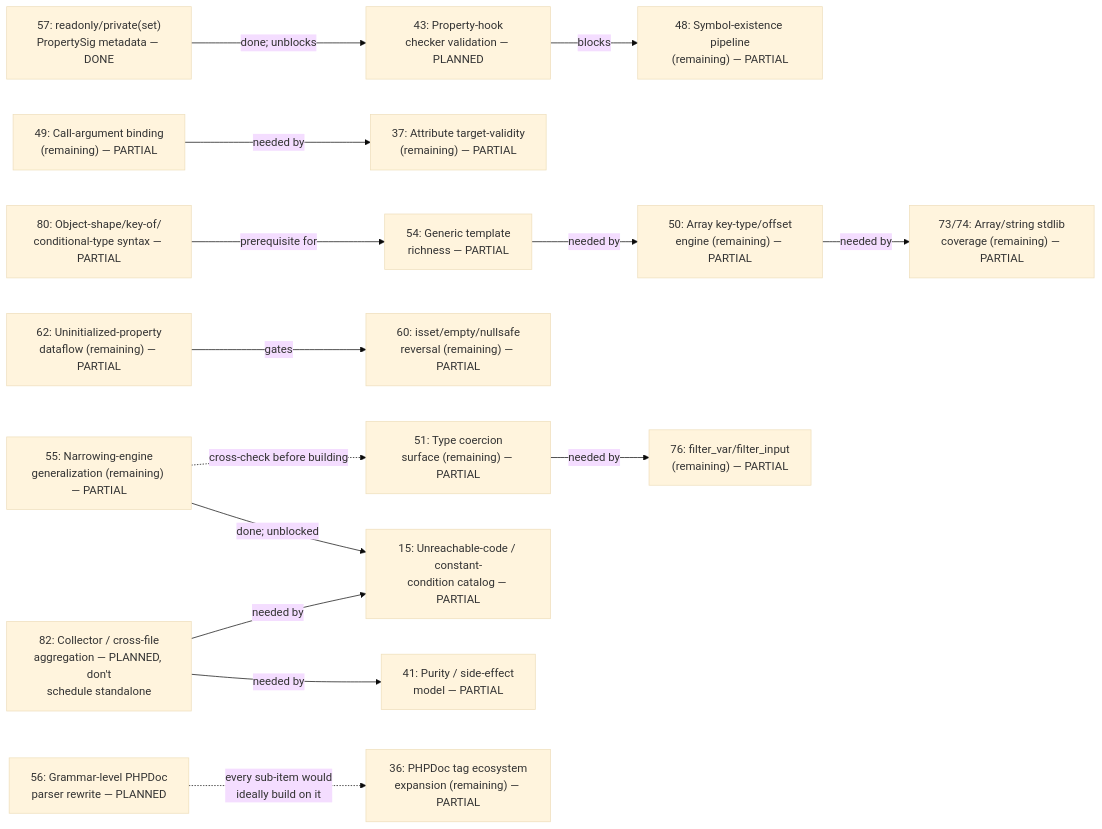
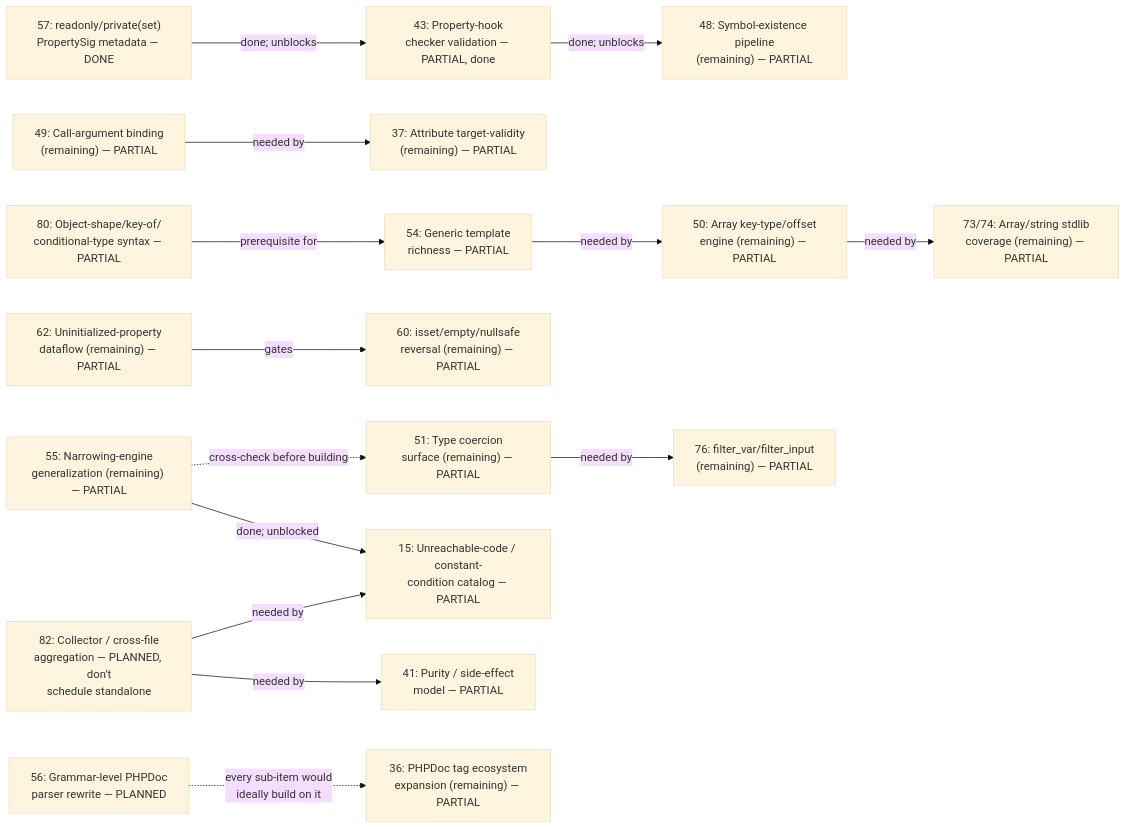
Before and after one commit to darktorres/phpstan-rs: the diagram in PHASE_DEPENDENCIES.md, drawn with Mermaid (base theme). The commit also changed other lines of this file and 1 other file, not shown here.

First line of the commit message:
Document Phase 43: property-hook checker validation

````diff
--- a/PHASE_DEPENDENCIES.md
+++ b/PHASE_DEPENDENCIES.md
@@ -15,36 +15,36 @@
 ```mermaid
 graph LR
     P57["57: readonly/private(set)\nPropertySig metadata — DONE"]
-    P43["43: Property-hook\nchecker validation — PLANNED"]
+    P43["43: Property-hook\nchecker validation — PARTIAL, done"]
     P48["48: Symbol-existence pipeline\n(remaining) — PARTIAL"]
     P49["49: Call-argument binding\n(remaining) — PARTIAL"]
     P37["37: Attribute target-validity\n(remaining) — PARTIAL"]
     P54["54: Generic template\nrichness — PARTIAL"]
     P50["50: Array key-type/offset\nengine (remaining) — PARTIAL"]
     P80["80: Object-shape/key-of/\nconditional-type syntax — PARTIAL"]
     P51["51: Type coercion\nsurface (remaining) — PARTIAL"]
     P76["76: filter_var/filter_input\n(remaining) — PARTIAL"]
     P73["73/74: Array/string stdlib\ncoverage (remaining) — PARTIAL"]
     P62["62: Uninitialized-property\ndataflow (remaining) — PARTIAL"]
     P60["60: isset/empty/nullsafe\nreversal (remaining) — PARTIAL"]
     P82["82: Collector / cross-file\naggregation — PLANNED, don't\nschedule standalone"]
     P41["41: Purity / side-effect\nmodel — PARTIAL"]
     P15["15: Unreachable-code / constant-\ncondition catalog — PARTIAL"]
     P55["55: Narrowing-engine\ngeneralization (remaining) — PARTIAL"]
     P56["56: Grammar-level PHPDoc\nparser rewrite — PLANNED"]
     P36["36: PHPDoc tag ecosystem\nexpansion (remaining) — PARTIAL"]
 
     P57 -->|done; unblocks| P43
-    P43 -->|blocks| P48
+    P43 -->|done; unblocks| P48
     P49 -->|needed by| P37
     P54 -->|needed by| P50
     P80 -->|prerequisite for| P54
     P51 -->|needed by| P76
     P50 -->|needed by| P73
     P62 -->|gates| P60
     P82 -->|needed by| P41
     P82 -->|needed by| P15
     P55 -->|done; unblocked| P15
     P55 -.->|cross-check before building| P51
     P56 -.->|every sub-item would\nideally build on it| P36
 ```
````
